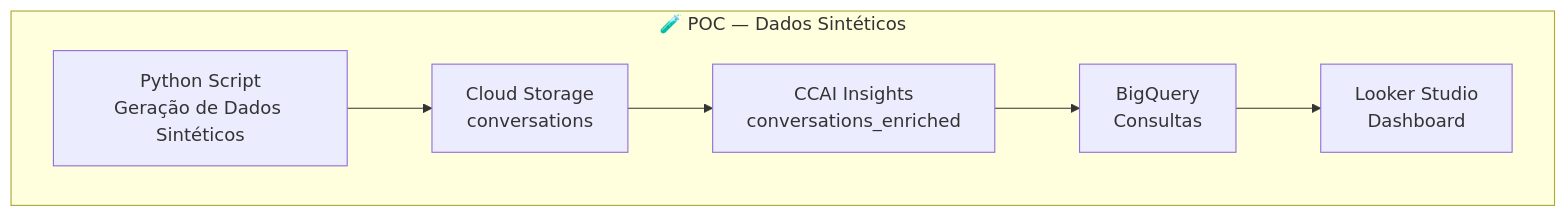
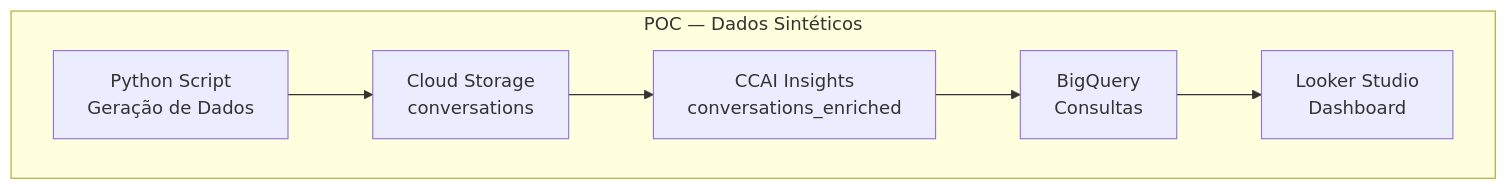
One commit to felippemozer/poc-gcp-ccai changed the first of 2 diagrams in README.md. Above: the diagram before and after it, drawn with Mermaid. The commit also changed other lines of this file, not shown here.

````diff
--- a/README.md
+++ b/README.md
@@ -33,11 +33,11 @@
 ```mermaid
 flowchart TD
 
-    subgraph POC["🧪 POC — Dados Sintéticos"]
-        P1[Python Script<br/>Geração de Dados Sintéticos] --> P2[Cloud Storage<br/>conversations]
+    subgraph POC["POC — Dados Sintéticos"]
+        P1[Python Script<br/>Geração de Dados] --> P2[Cloud Storage<br/>conversations]
         P2 --> P3[CCAI Insights<br/>conversations_enriched]
         P3 --> P4[BigQuery<br/>Consultas]
         P4 --> P5[Looker Studio<br/>Dashboard]
     end
 
 ```
````
